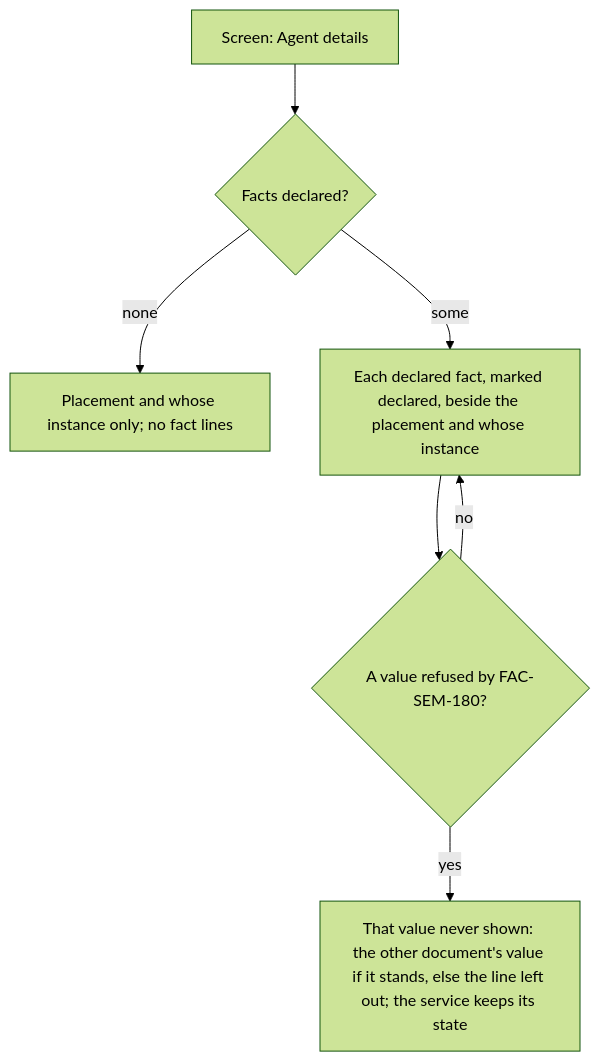
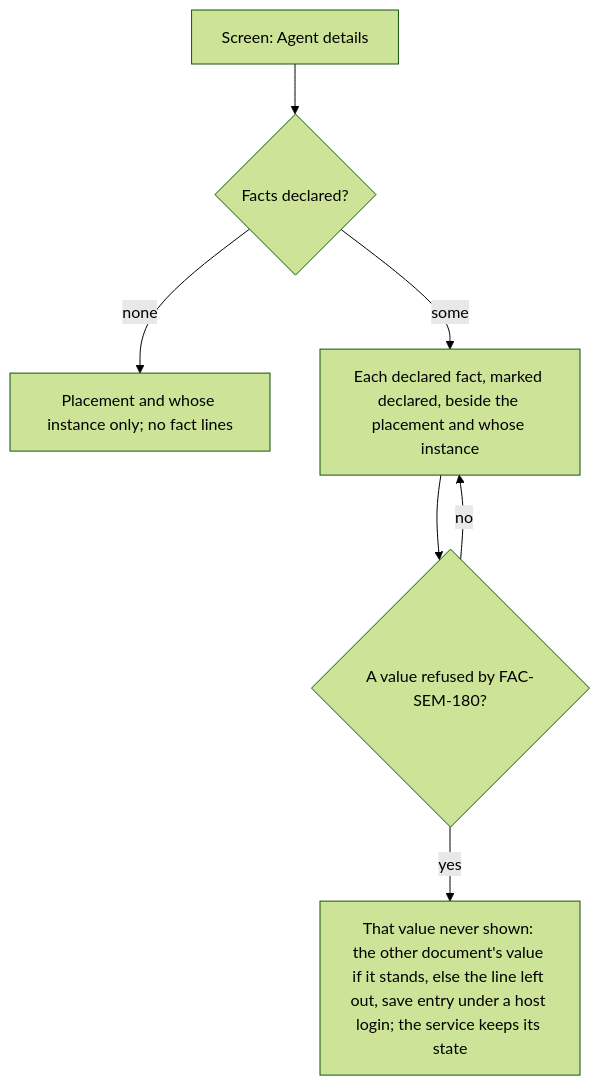
Diagram 36 of 36 in docs/ux/flows.md (passioncode-ai/fabric-agent-contract), drawn with Mermaid (forest theme) before and after one commit. The commit also changed other lines of this file and 7 other files, not shown here.

Commit message:
DEC-0173 round 4 folded: a foreign well-known document gives nothing and its pair no FAC-SEM-180 finding; the vectors' pairs answer as one service; a label in a local well-known document reported by the pair; the entry line under a host login in ST-045, FLW-36 and SCR-36

````diff
--- a/docs/ux/flows.md
+++ b/docs/ux/flows.md
@@ -1033,9 +1033,9 @@
 ```mermaid
 flowchart TD
   A[Screen: Agent details] --> R{Facts declared?}
   R -->|none| N[Placement and whose instance only; no fact lines]
   R -->|some| F[Each declared fact, marked declared, beside the placement and whose instance]
   F --> X{A value refused by FAC-SEM-180?}
-  X -->|yes| L[That value never shown: the other document's value if it stands, else the line left out; the service keeps its state]
+  X -->|yes| L[That value never shown: the other document's value if it stands, else the line left out, save entry under a host login; the service keeps its state]
   X -->|no| F
 ```
````
